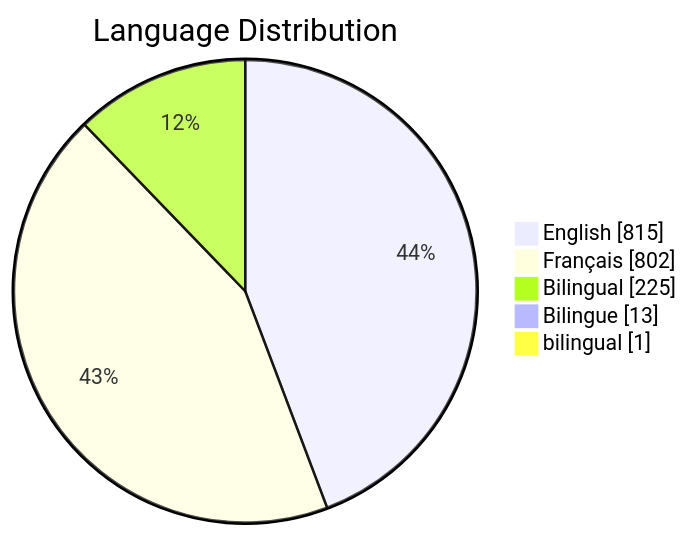
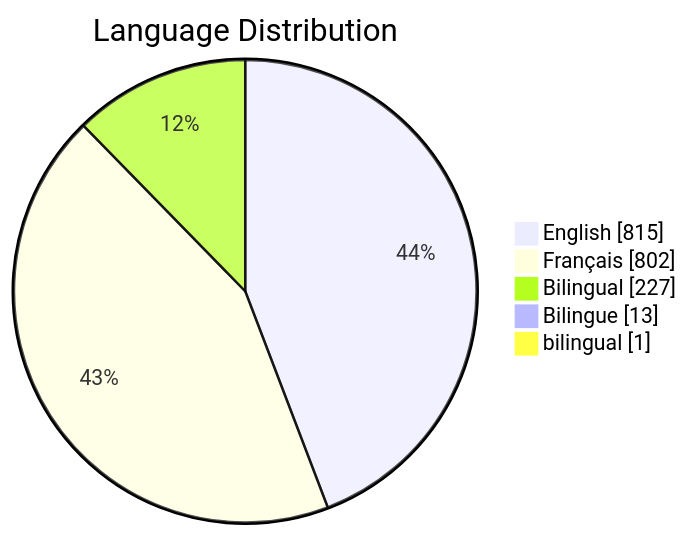
The third of 6 diagrams in README.md (PatLittle/GC-Socials), drawn with Mermaid before and after one commit. The commit also changed other lines of this file, not shown here.

Commit message:
Update README with Platform Distribution pie chart

````diff
--- a/README.md
+++ b/README.md
@@ -83,8 +81,8 @@
 ```mermaid
 pie showData title Language Distribution
     "English": 815
     "Français": 802
-    "Bilingual": 225
+    "Bilingual": 227
     "Bilingue": 13
     "bilingual": 1
 ```
````
